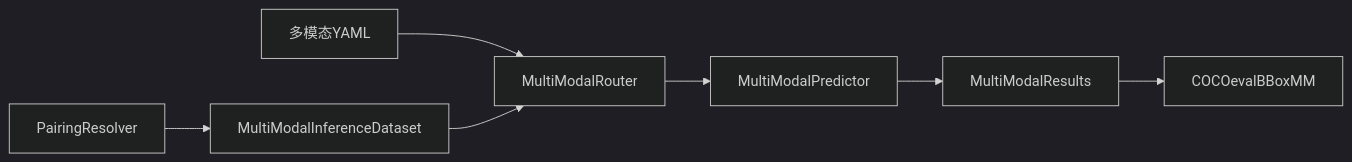
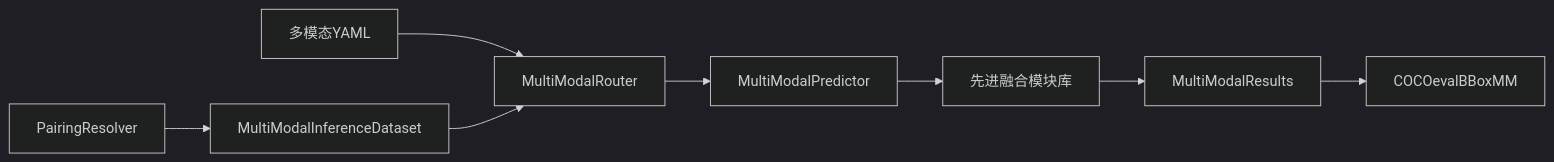
One commit to 2208754827/MM-IMPROVE changed the seventh of 7 diagrams in .qoder/repowiki/zh/content/核心概念与理论基础/多模态融合理论基础.md. Above: the diagram before and after it, drawn with Mermaid (dark theme). The commit also changed other lines of this file and 151 other files, not shown here.

````diff
--- a/.qoder/repowiki/zh/content/核心概念与理论基础/多模态融合理论基础.md
+++ b/.qoder/repowiki/zh/content/核心概念与理论基础/多模态融合理论基础.md
@@ -283,9 +525,10 @@
 ```mermaid
 graph LR
 YAML["多模态YAML"] --> RT["MultiModalRouter"]
 PR["PairingResolver"] --> DS["MultiModalInferenceDataset"]
 DS --> RT
 RT --> PD["MultiModalPredictor"]
-PD --> RS["MultiModalResults"]
+PD --> AFM["先进融合模块库"]
+AFM --> RS["MultiModalResults"]
 RS --> CE["COCOevalBBoxMM"]
 ```
````
